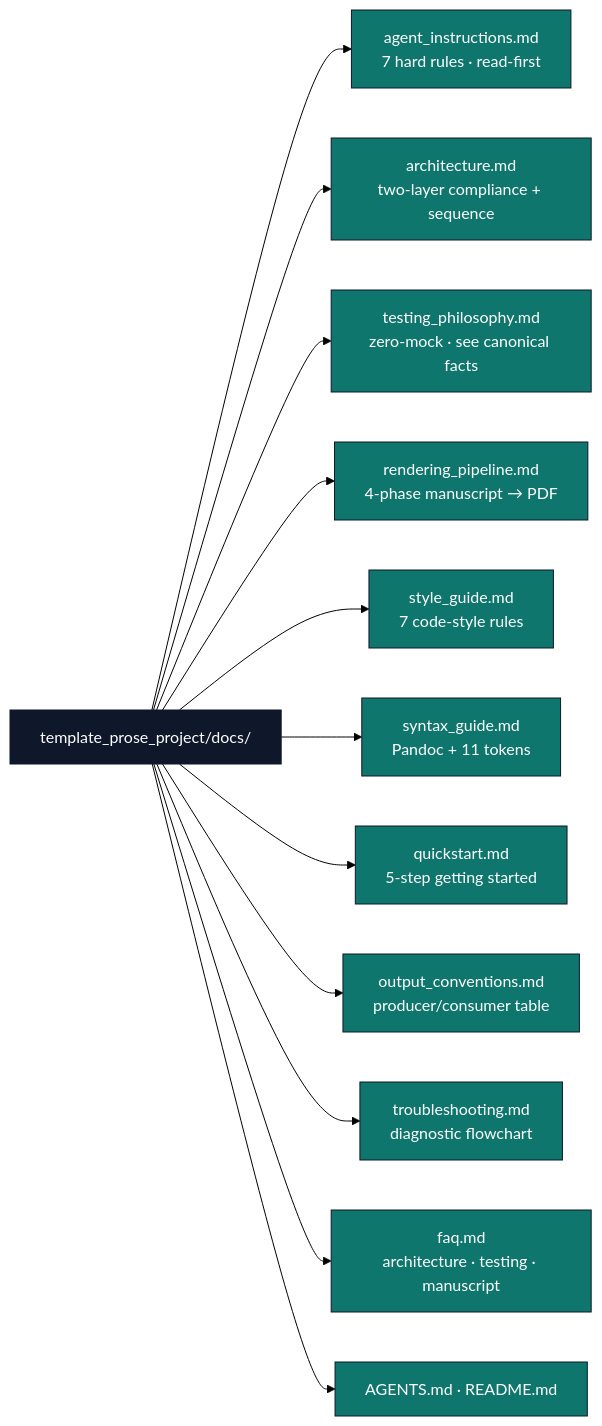
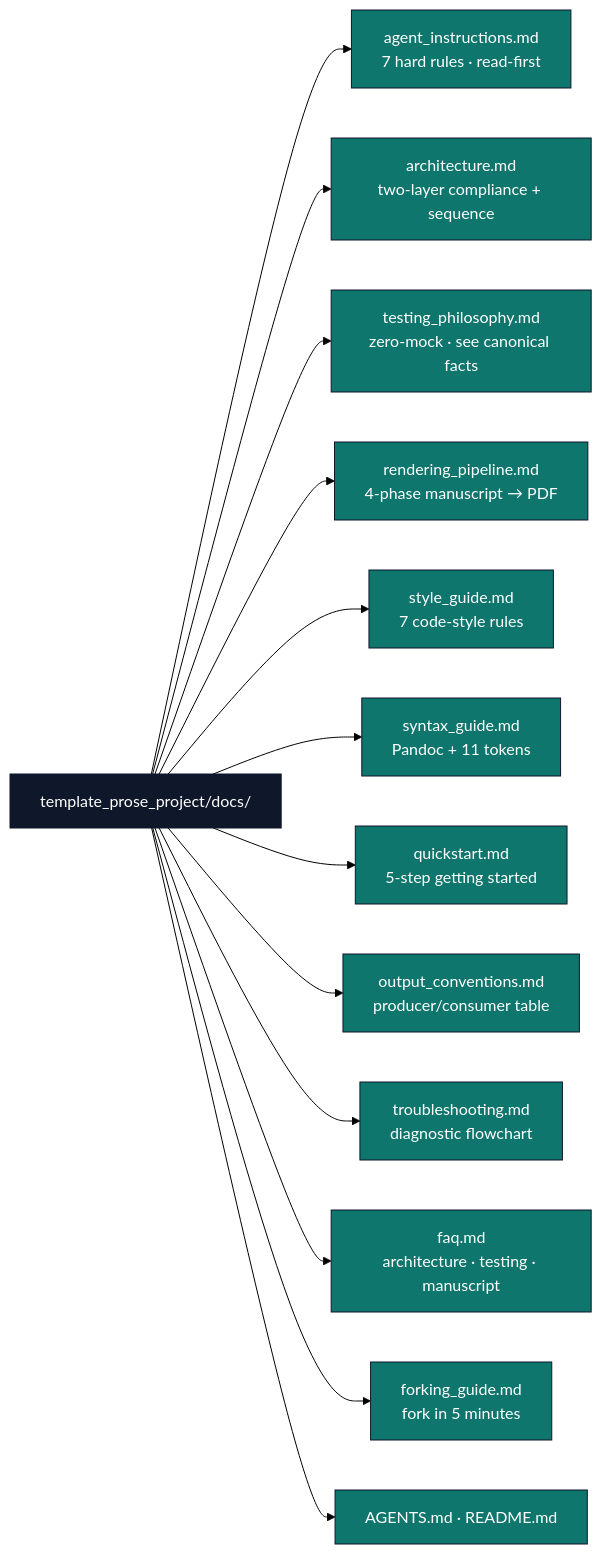
The diagram in docs/README.md (docxology/template_prose_project), drawn with Mermaid (forest theme) before and after one commit. The commit also changed other lines of this file and 5 other files, not shown here.

````diff
--- a/docs/README.md
+++ b/docs/README.md
@@ -5,20 +5,21 @@
 ```mermaid
 flowchart LR
     HUB[template_prose_project/docs/]
     HUB --> AI[agent_instructions.md<br/>7 hard rules · read-first]
     HUB --> ARCH[architecture.md<br/>two-layer compliance + sequence]
     HUB --> TP[testing_philosophy.md<br/>zero-mock · see canonical facts]
     HUB --> RP[rendering_pipeline.md<br/>4-phase manuscript → PDF]
     HUB --> SG[style_guide.md<br/>7 code-style rules]
     HUB --> SX[syntax_guide.md<br/>Pandoc + 11 tokens]
     HUB --> QS[quickstart.md<br/>5-step getting started]
     HUB --> OC[output_conventions.md<br/>producer/consumer table]
     HUB --> TS[troubleshooting.md<br/>diagnostic flowchart]
     HUB --> FAQ[faq.md<br/>architecture · testing · manuscript]
+    HUB --> FG[forking_guide.md<br/>fork in 5 minutes]
     HUB --> META[AGENTS.md · README.md]
 
     classDef d fill:#0f172a,stroke:#0f172a,color:#fff
     classDef f fill:#0f766e,stroke:#0f172a,color:#fff
     class HUB d
-    class AI,ARCH,TP,RP,SG,SX,QS,OC,TS,FAQ,META f
+    class AI,ARCH,TP,RP,SG,SX,QS,OC,TS,FAQ,FG,META f
 ```
````
